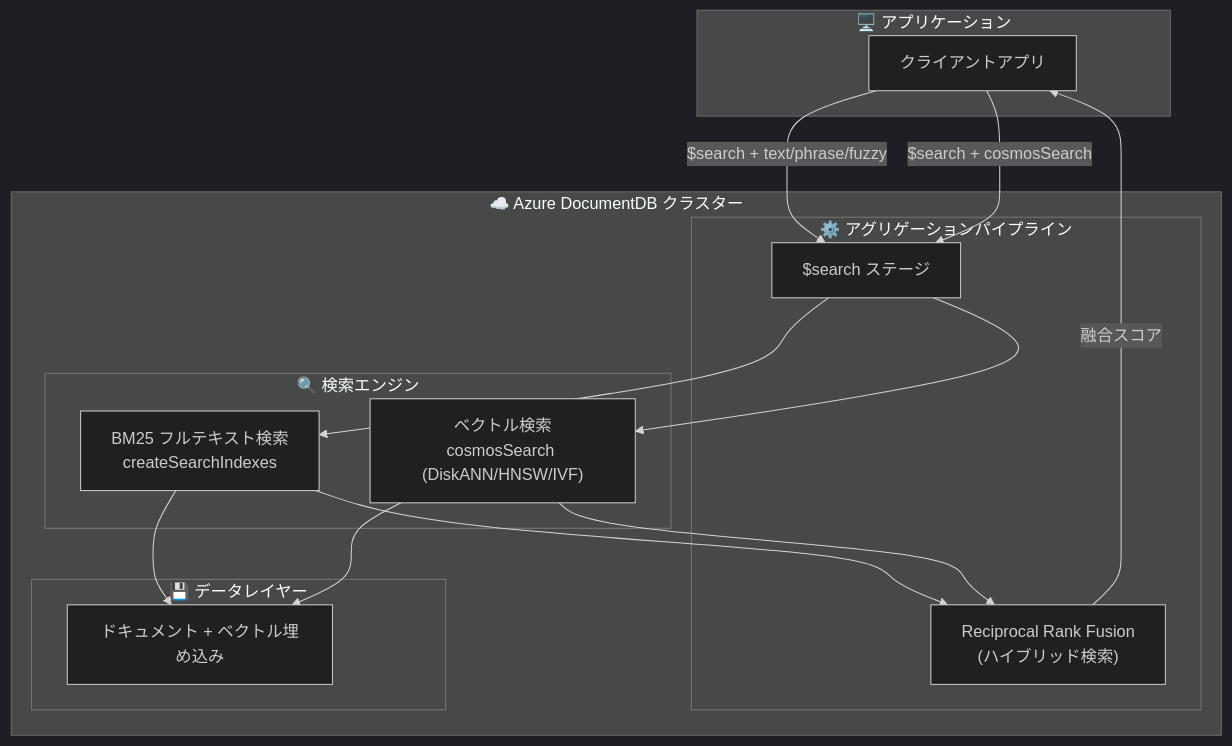
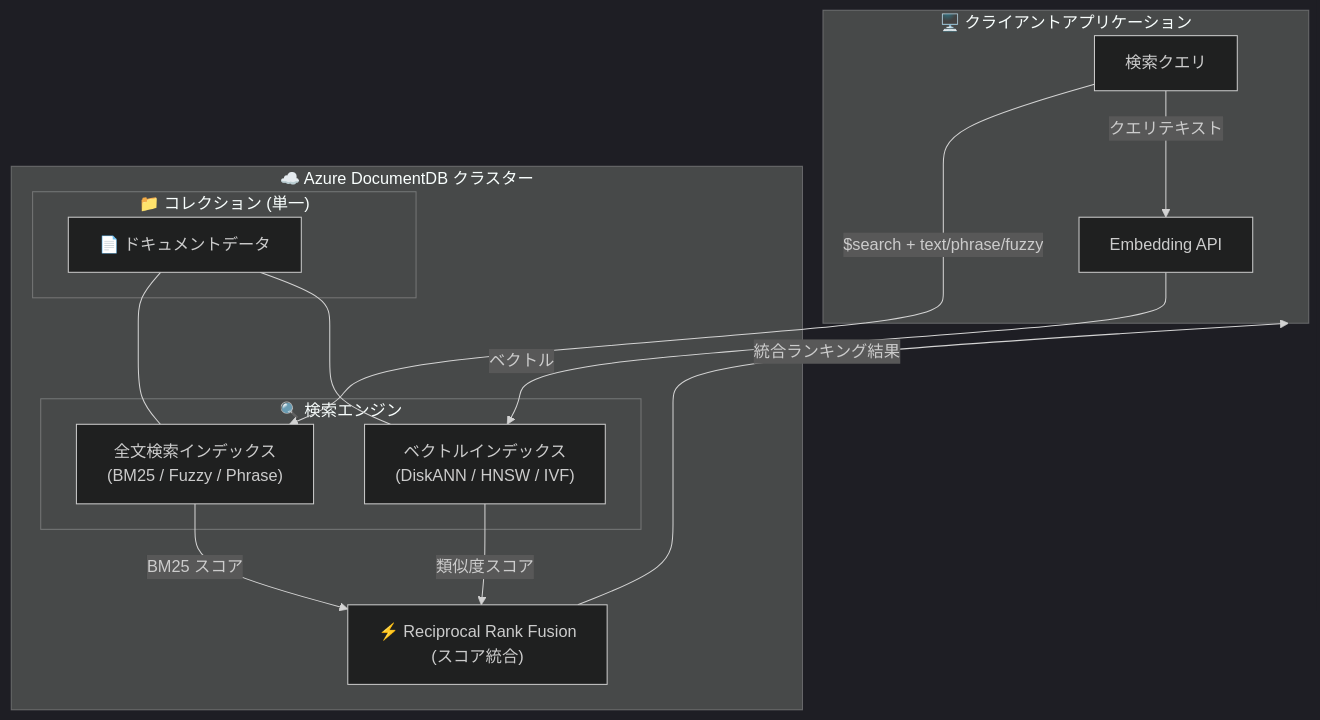
The diagram in reports/2026/2026-06-03-documentdb-advanced-full-text-search.md (takech9203/azure-news-summary), drawn with Mermaid (dark theme) before and after one commit. The commit also changed other lines of this file and 41 other files, not shown here.

````diff
--- a/reports/2026/2026-06-03-documentdb-advanced-full-text-search.md
+++ b/reports/2026/2026-06-03-documentdb-advanced-full-text-search.md
@@ -37,32 +38,29 @@
 ```mermaid
 flowchart TD
-    subgraph Client["🖥️ アプリケーション"]
-        App[クライアントアプリ]
+    subgraph Client["🖥️ クライアントアプリケーション"]
+        Q["検索クエリ"]
+        E["Embedding API"]
     end
 
     subgraph DocumentDB["☁️ Azure DocumentDB クラスター"]
-        subgraph SearchEngine["🔍 検索エンジン"]
-            FTS["BM25 フルテキスト検索<br/>createSearchIndexes"]
-            VS["ベクトル検索<br/>cosmosSearch (DiskANN/HNSW/IVF)"]
-        end
-        
-        subgraph Pipeline["⚙️ アグリゲーションパイプライン"]
-            Search["$search ステージ"]
-            RRF["Reciprocal Rank Fusion<br/>(ハイブリッド検索)"]
+        subgraph Collection["📁 コレクション (単一)"]
+            DOC["📄 ドキュメントデータ"]
         end
 
-        subgraph Data["💾 データレイヤー"]
-            Docs["ドキュメント + ベクトル埋め込み"]
+        subgraph SearchEngine["🔍 検索エンジン"]
+            FTS["全文検索インデックス\n(BM25 / Fuzzy / Phrase)"]
+            VEC["ベクトルインデックス\n(DiskANN / HNSW / IVF)"]
         end
+
+        RRF["⚡ Reciprocal Rank Fusion\n(スコア統合)"]
     end
 
-    App -->|"$search + text/phrase/fuzzy"| Search
-    App -->|"$search + cosmosSearch"| Search
-    Search --> FTS
-    Search --> VS
-    FTS --> RRF
-    VS --> RRF
-    RRF -->|"融合スコア"| App
-    FTS --> Docs
-    VS --> Docs
+    Q -->|"$search + text/phrase/fuzzy"| FTS
+    Q -->|クエリテキスト| E
+    E -->|ベクトル| VEC
+    FTS -->|BM25 スコア| RRF
+    VEC -->|類似度スコア| RRF
+    DOC --- FTS
+    DOC --- VEC
+    RRF -->|統合ランキング結果| Client
 ```
````
